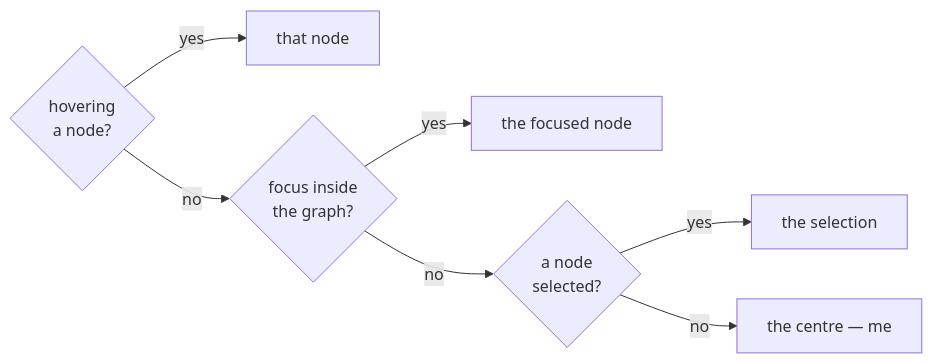
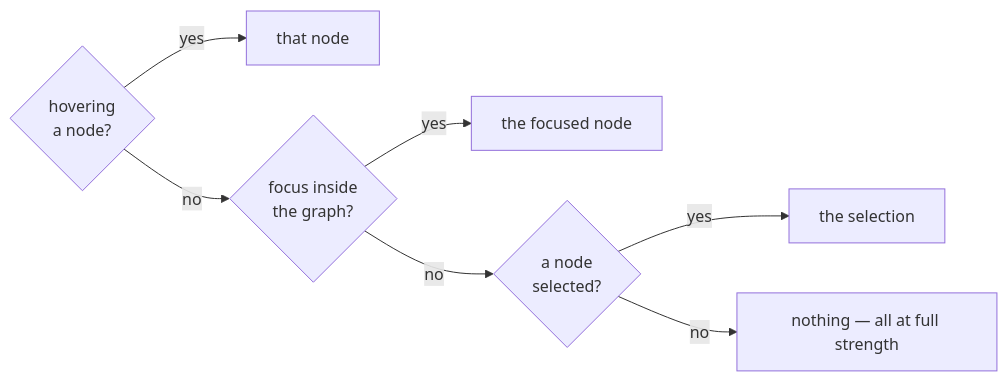
One commit to ijohnkojo/portfolio changed the fourth of 4 diagrams in docs/architecture.md. Above: the diagram before and after it, drawn with Mermaid. The commit also changed other lines of this file and 8 other files, not shown here.

First line of the commit message:
Full graph at rest again, and "organization" in the site's copy

````diff
--- a/docs/architecture.md
+++ b/docs/architecture.md
@@ -237,9 +237,9 @@
 ```mermaid
 flowchart LR
     H{"hovering<br/>a node?"} -- yes --> HN["that node"]
     H -- no --> F{"focus inside<br/>the graph?"}
     F -- yes --> FN["the focused node"]
     F -- no --> S{"a node<br/>selected?"}
     S -- yes --> SN["the selection"]
-    S -- no --> ME["the centre — me"]
+    S -- no --> NONE["nothing — all at full strength"]
 ```
````
